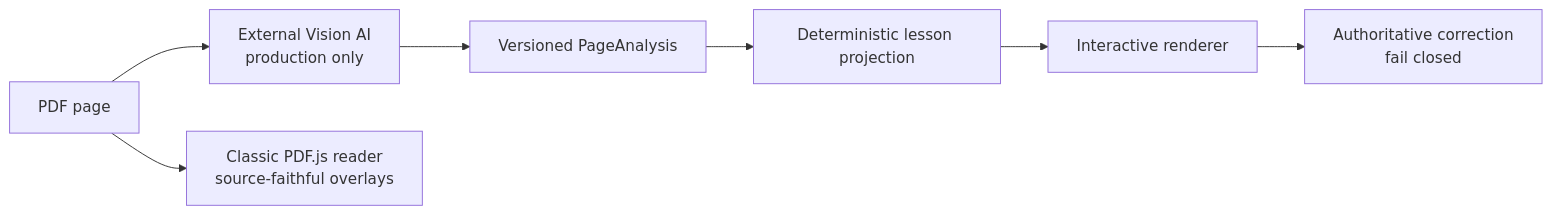
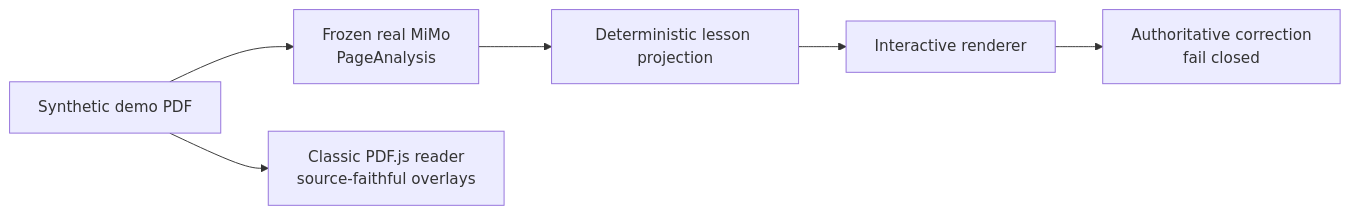
Before and after one commit to darroyo083/Lexora: the diagram in README.md, drawn with Mermaid. The commit also changed other lines of this file and 7 other files, not shown here.

````diff
--- a/README.md
+++ b/README.md
@@ -41,9 +41,8 @@
 ```mermaid
 flowchart LR
-    Page[PDF page] --> Vision[External Vision AI<br/>production only]
-    Vision --> Contract[Versioned PageAnalysis]
+    Page[Synthetic demo PDF] --> Contract[Frozen real MiMo<br/>PageAnalysis]
     Contract --> Projection[Deterministic lesson projection]
     Projection --> Interactive[Interactive renderer]
     Interactive --> Correction[Authoritative correction<br/>fail closed]
     Page --> Classic[Classic PDF.js reader<br/>source-faithful overlays]
 ```
````
